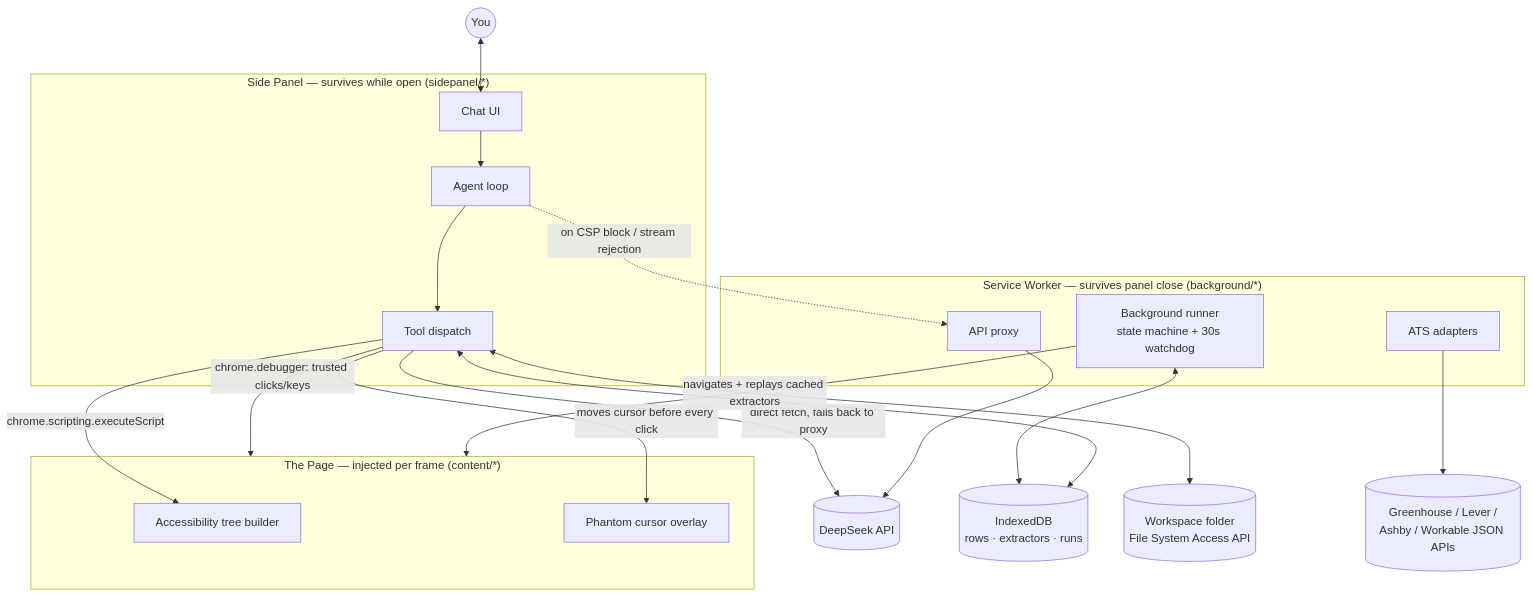
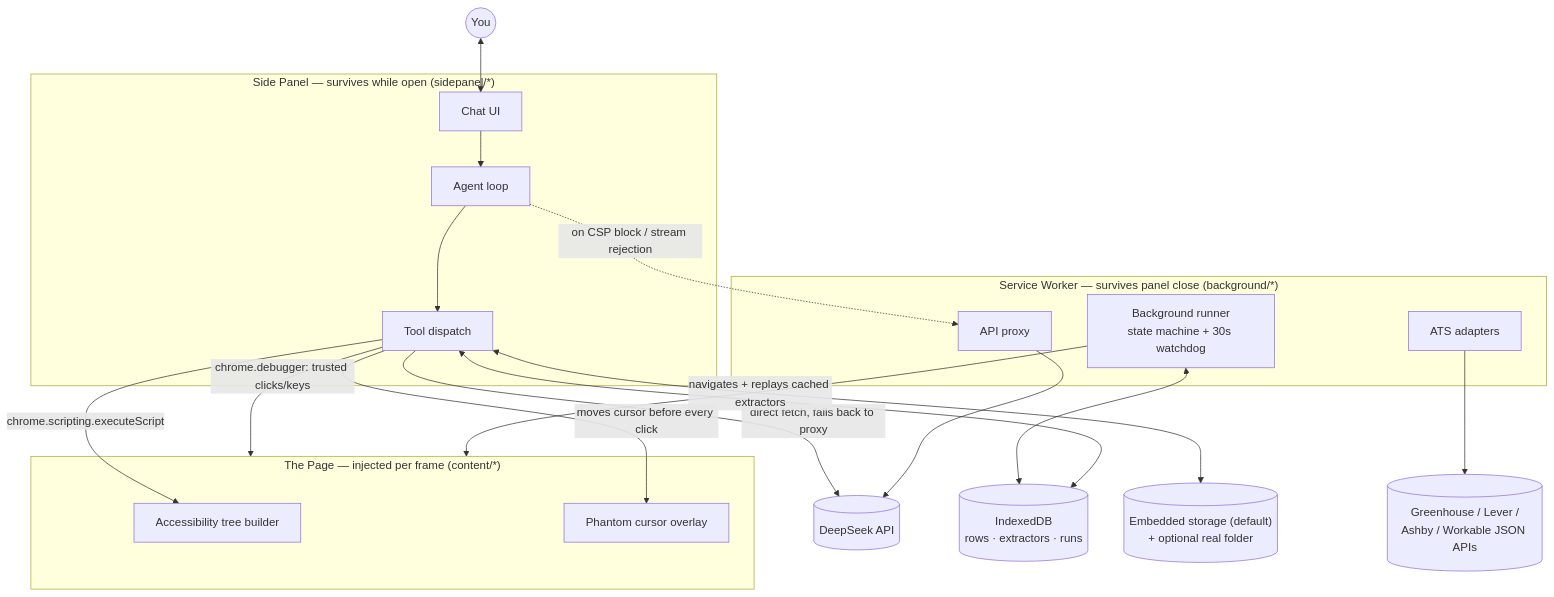
The first of 4 diagrams in README.md (SATHv1kk/BAT), drawn with Mermaid before and after one commit. The commit also changed other lines of this file and 11 other files, not shown here.

````diff
--- a/README.md
+++ b/README.md
@@ -48,40 +48,40 @@
 ```mermaid
 flowchart TB
     You(("You")) <--> UI
 
     subgraph Panel["Side Panel — survives while open (sidepanel/*)"]
         UI["Chat UI"]
         Loop["Agent loop"]
         Dispatch["Tool dispatch"]
         UI --> Loop --> Dispatch
     end
 
     subgraph Worker["Service Worker — survives panel close (background/*)"]
         Proxy["API proxy"]
         Runner["Background runner<br/>state machine + 30s watchdog"]
         ATSAdapter["ATS adapters"]
     end
 
     subgraph PageCtx["The Page — injected per frame (content/*)"]
         A11y["Accessibility tree builder"]
         Cursor["Phantom cursor overlay"]
     end
 
     DeepSeek[("DeepSeek API")]
     Store[("IndexedDB<br/>rows · extractors · runs")]
-    FS[("Workspace folder<br/>File System Access API")]
+    FS[("Embedded storage (default)<br/>+ optional real folder")]
     Boards[("Greenhouse / Lever /<br/>Ashby / Workable JSON APIs")]
 
     Dispatch -- "chrome.scripting.executeScript" --> A11y
     Dispatch -- "chrome.debugger: trusted clicks/keys" --> PageCtx
     Dispatch -- "moves cursor before every click" --> Cursor
     Dispatch -- "direct fetch, falls back to proxy" --> DeepSeek
     Loop -. "on CSP block / stream rejection" .-> Proxy
     Proxy --> DeepSeek
 
     Runner -- "navigates + replays cached extractors" --> PageCtx
     Runner <--> Store
     Dispatch <--> Store
     Dispatch <--> FS
     ATSAdapter --> Boards
 ```
````
